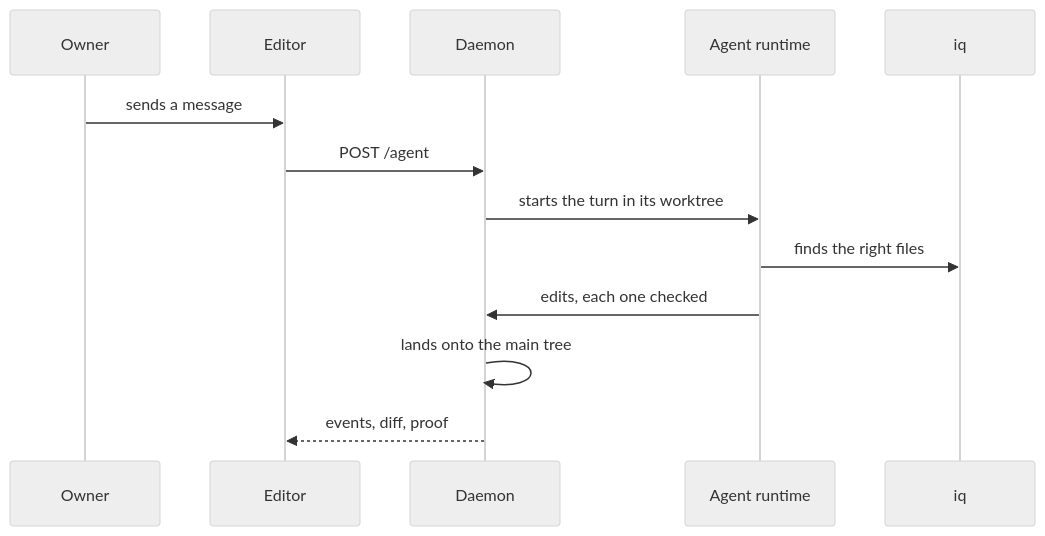
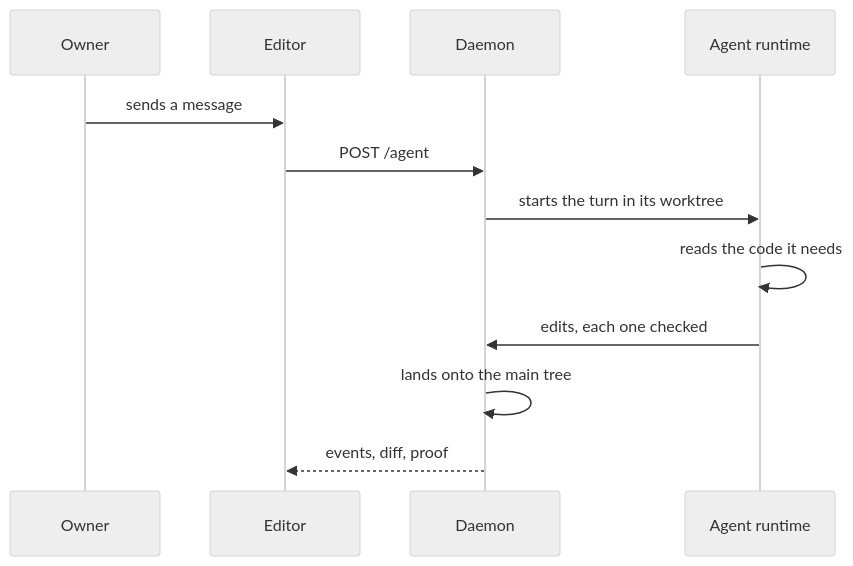
One commit to intentic/intentic changed the second of 3 diagrams in docs/architecture/repo.md. Above: the diagram before and after it, drawn with Mermaid (neutral theme). The commit also changed other lines of this file and 560 other files, not shown here.

````diff
--- a/docs/architecture/repo.md
+++ b/docs/architecture/repo.md
@@ -22,15 +22,14 @@
 ```mermaid
 sequenceDiagram
     participant O as Owner
     participant E as Editor
     participant D as Daemon
     participant A as Agent runtime
-    participant S as iq
     O->>E: sends a message
     E->>D: POST /agent
     D->>A: starts the turn in its worktree
-    A->>S: finds the right files
+    A->>A: reads the code it needs
     A->>D: edits, each one checked
     D->>D: lands onto the main tree
     D-->>E: events, diff, proof
 ```
````
